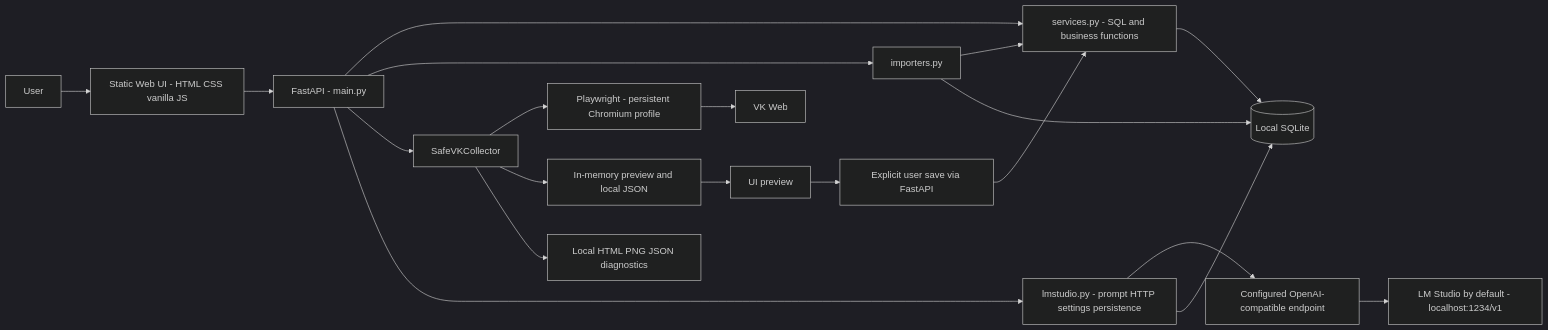
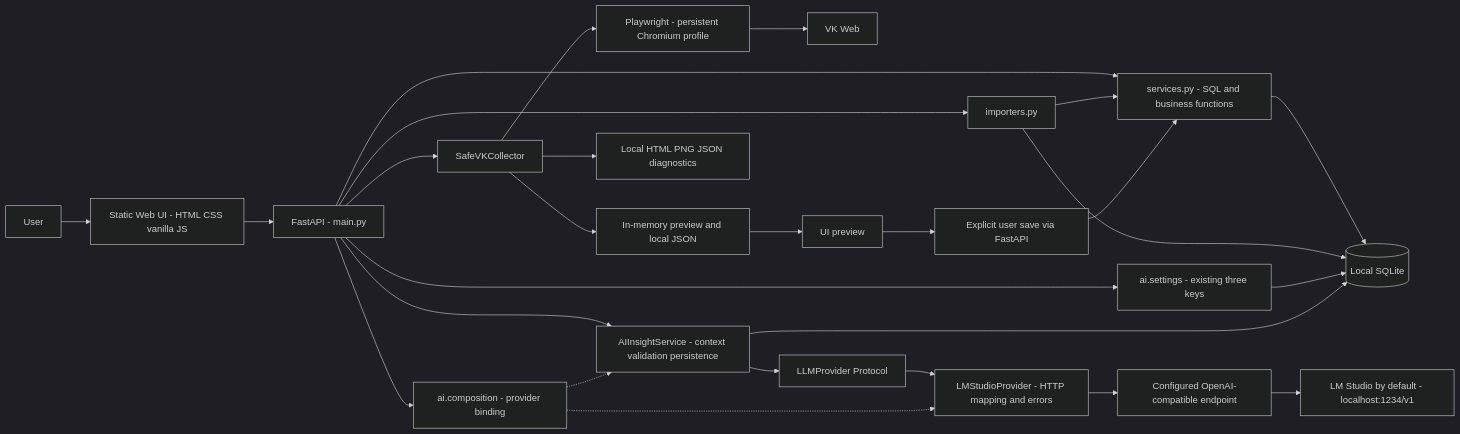
Before and after one commit to morshchagin-ivan/vk_social_radar: the diagram in docs/certification/C4_CURRENT.md, drawn with Mermaid (dark theme). The commit also changed other lines of this file and 20 other files, not shown here.

````diff
--- a/docs/certification/C4_CURRENT.md
+++ b/docs/certification/C4_CURRENT.md
@@ -5,22 +5,29 @@
 ```mermaid
 flowchart LR
   User["User"] --> UI["Static Web UI - HTML CSS vanilla JS"]
   UI --> API["FastAPI - main.py"]
   API --> Services["services.py - SQL and business functions"]
   Services --> DB[("Local SQLite")]
   API --> Imports["importers.py"]
   Imports --> Services
   Imports --> DB
   API --> Collector["SafeVKCollector"]
   Collector --> PW["Playwright - persistent Chromium profile"]
   PW --> VK["VK Web"]
-  API --> LMModule["lmstudio.py - prompt HTTP settings persistence"]
-  LMModule --> Endpoint["Configured OpenAI-compatible endpoint"]
+  API --> AI["AIInsightService - context validation persistence"]
+  AI --> Port["LLMProvider Protocol"]
+  Port --> LMAdapter["LMStudioProvider - HTTP mapping and errors"]
+  API --> Composition["ai.composition - provider binding"]
+  Composition -.-> AI
+  Composition -.-> LMAdapter
+  API --> Settings["ai.settings - existing three keys"]
+  Settings --> DB
+  AI --> DB
+  LMAdapter --> Endpoint["Configured OpenAI-compatible endpoint"]
   Endpoint --> LMDefault["LM Studio by default - localhost:1234/v1"]
-  LMModule --> DB
   Collector --> Preview["In-memory preview and local JSON"]
   Collector --> Diagnostics["Local HTML PNG JSON diagnostics"]
   Preview --> PreviewUI["UI preview"]
   PreviewUI --> Save["Explicit user save via FastAPI"]
   Save --> Services
 ```
````
